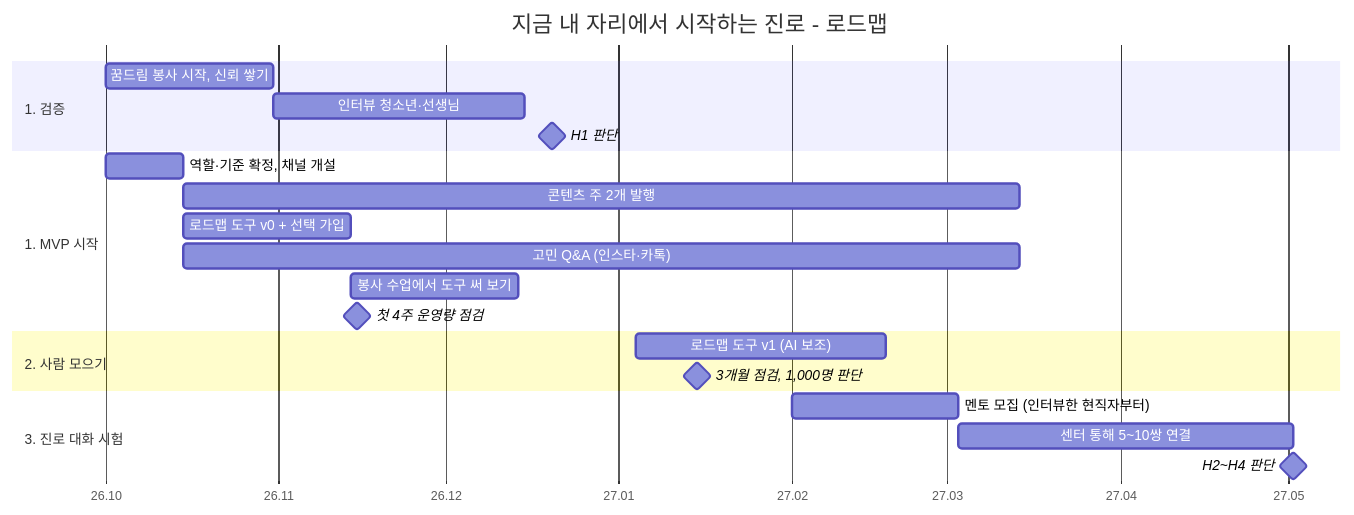
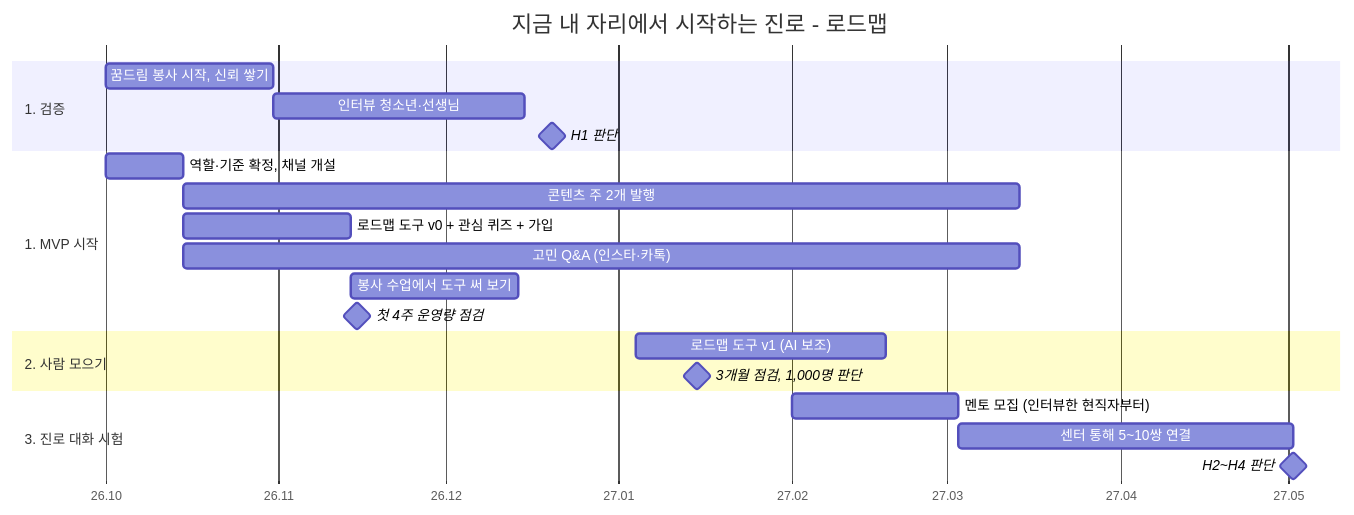
The second of 3 diagrams in docs/roadmap.md (Sweet-Butters/youth-benefit-finder), drawn with Mermaid before and after one commit. The commit also changed other lines of this file and 5 other files, not shown here.

````diff
--- a/docs/roadmap.md
+++ b/docs/roadmap.md
@@ -41,28 +41,28 @@
 ```mermaid
 gantt
     title 지금 내 자리에서 시작하는 진로 - 로드맵
     dateFormat YYYY-MM-DD
     axisFormat %y.%m
 
     section 1. 검증
     꿈드림 봉사 시작, 신뢰 쌓기           :v1, 2026-10-01, 30d
     인터뷰 청소년·선생님                  :v2, after v1, 45d
     H1 판단                               :milestone, m1, 2026-12-20, 0d
 
     section 1. MVP 시작
     역할·기준 확정, 채널 개설             :c0, 2026-10-01, 14d
     콘텐츠 주 2개 발행                    :c1, after c0, 150d
-    로드맵 도구 v0 + 선택 가입            :t0, 2026-10-15, 30d
+    로드맵 도구 v0 + 관심 퀴즈 + 가입     :t0, 2026-10-15, 30d
     고민 Q&A (인스타·카톡)                :q0, after c0, 150d
     봉사 수업에서 도구 써 보기            :t1, after t0, 30d
     첫 4주 운영량 점검                    :milestone, m0, 2026-11-15, 0d
 
     section 2. 사람 모으기
     로드맵 도구 v1 (AI 보조)              :t2, 2027-01-04, 45d
     3개월 점검, 1,000명 판단              :milestone, m2, 2027-01-15, 0d
 
     section 3. 진로 대화 시험
     멘토 모집 (인터뷰한 현직자부터)       :d0, 2027-02-01, 30d
     센터 통해 5~10쌍 연결                 :d1, after d0, 60d
     H2~H4 판단                            :milestone, m3, after d1, 0d
 ```
````
